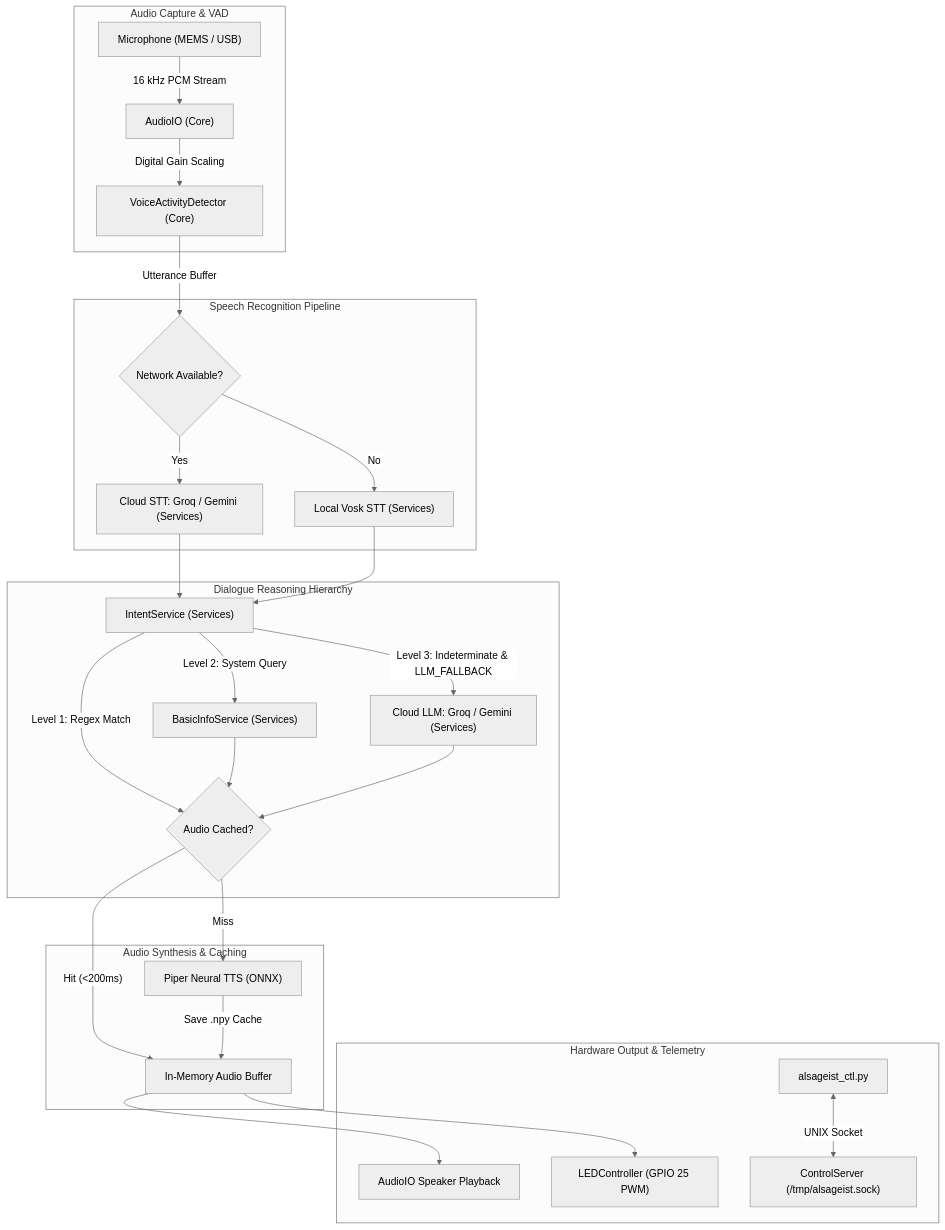
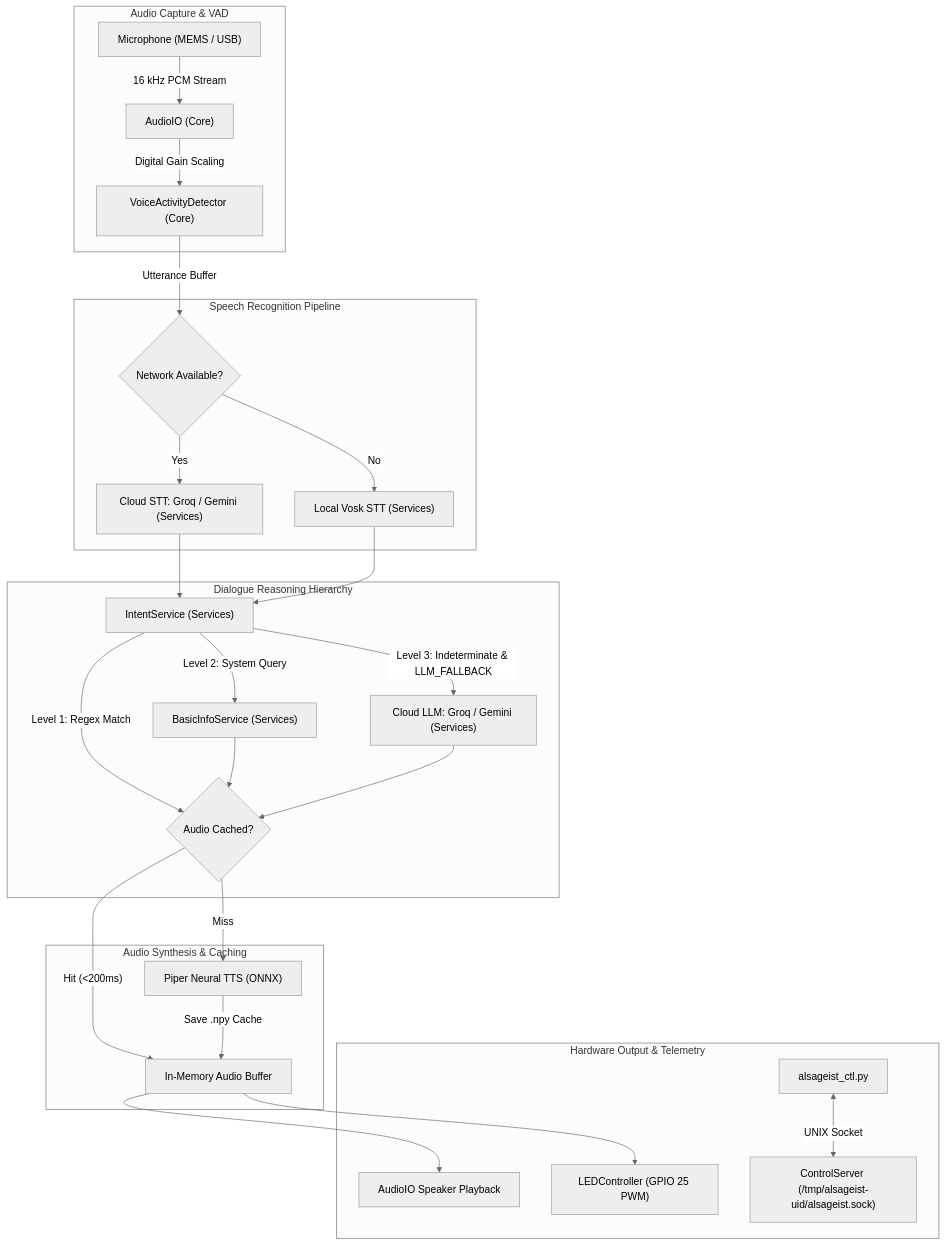
One commit to sancheza/alsageist changed the diagram in docs/design_spec.md. Above: the diagram before and after it, drawn with Mermaid (neutral theme). The commit also changed other lines of this file and 51 other files, not shown here.

````diff
--- a/docs/design_spec.md
+++ b/docs/design_spec.md
@@ -43,35 +43,35 @@
 ```mermaid
 flowchart TD
     subgraph Audio Capture & VAD
         MIC["Microphone (MEMS / USB)"] -->|16 kHz PCM Stream| AIO["AudioIO (Core)"]
         AIO -->|Digital Gain Scaling| VAD["VoiceActivityDetector (Core)"]
     end
 
     subgraph Speech Recognition Pipeline
         VAD -->|Utterance Buffer| NETCHECK{"Network Available?"}
         NETCHECK -->|Yes| CLOUD_STT["Cloud STT: Groq / Gemini (Services)"]
         NETCHECK -->|No| VOSK_STT["Local Vosk STT (Services)"]
     end
 
     subgraph Dialogue Reasoning Hierarchy
         CLOUD_STT --> INTENT["IntentService (Services)"]
         VOSK_STT --> INTENT
         INTENT -->|"Level 1: Regex Match"| CACHE_CHECK{"Audio Cached?"}
         INTENT -->|"Level 2: System Query"| BASIC_INFO["BasicInfoService (Services)"]
         INTENT -->|"Level 3: Indeterminate & LLM_FALLBACK"| LLM["Cloud LLM: Groq / Gemini (Services)"]
         BASIC_INFO --> CACHE_CHECK
         LLM --> CACHE_CHECK
     end
 
     subgraph Audio Synthesis & Caching
         CACHE_CHECK -->|"Hit (<200ms)"| RAM_PLAY["In-Memory Audio Buffer"]
         CACHE_CHECK -->|"Miss"| PIPER["Piper Neural TTS (ONNX)"]
         PIPER -->|"Save .npy Cache"| RAM_PLAY
     end
 
     subgraph Hardware Output & Telemetry
         RAM_PLAY --> SPK["AudioIO Speaker Playback"]
         RAM_PLAY --> LED["LEDController (GPIO 25 PWM)"]
-        CTL["alsageist_ctl.py"] <-->|UNIX Socket| SOCK["ControlServer (/tmp/alsageist.sock)"]
+        CTL["alsageist_ctl.py"] <-->|UNIX Socket| SOCK["ControlServer (/tmp/alsageist-uid/alsageist.sock)"]
     end
 ```
````
